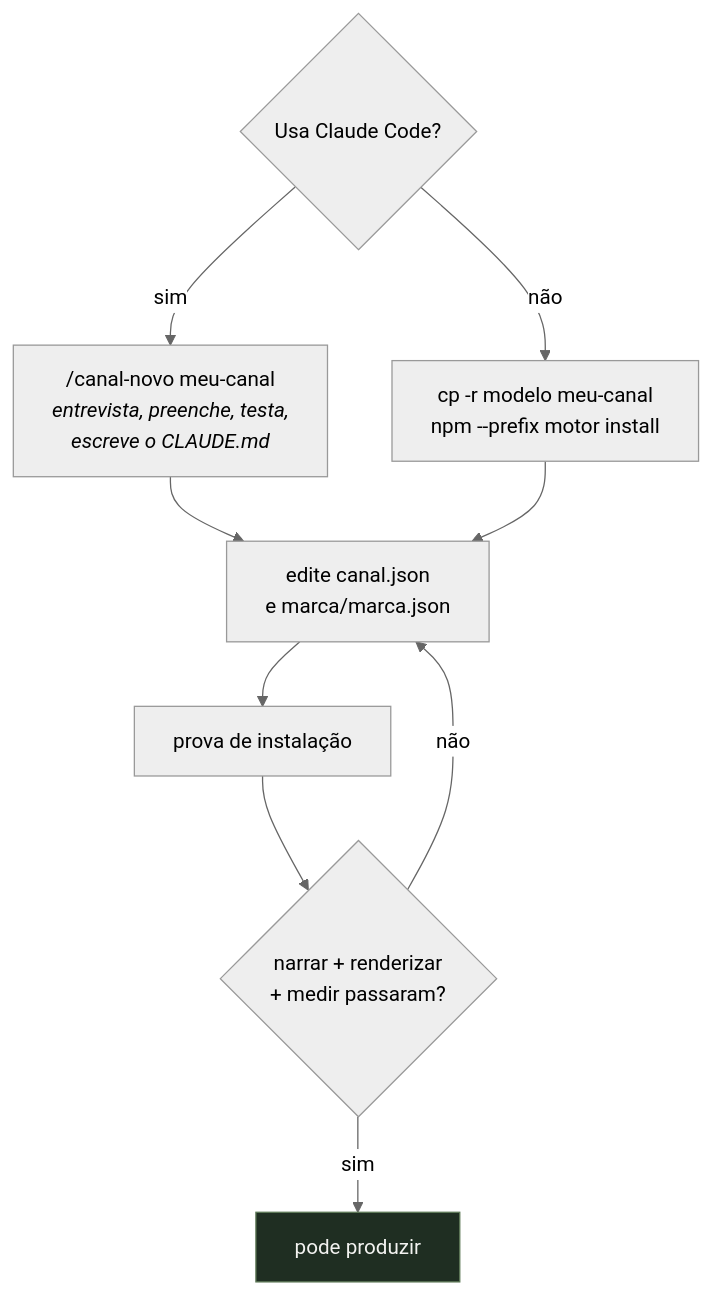
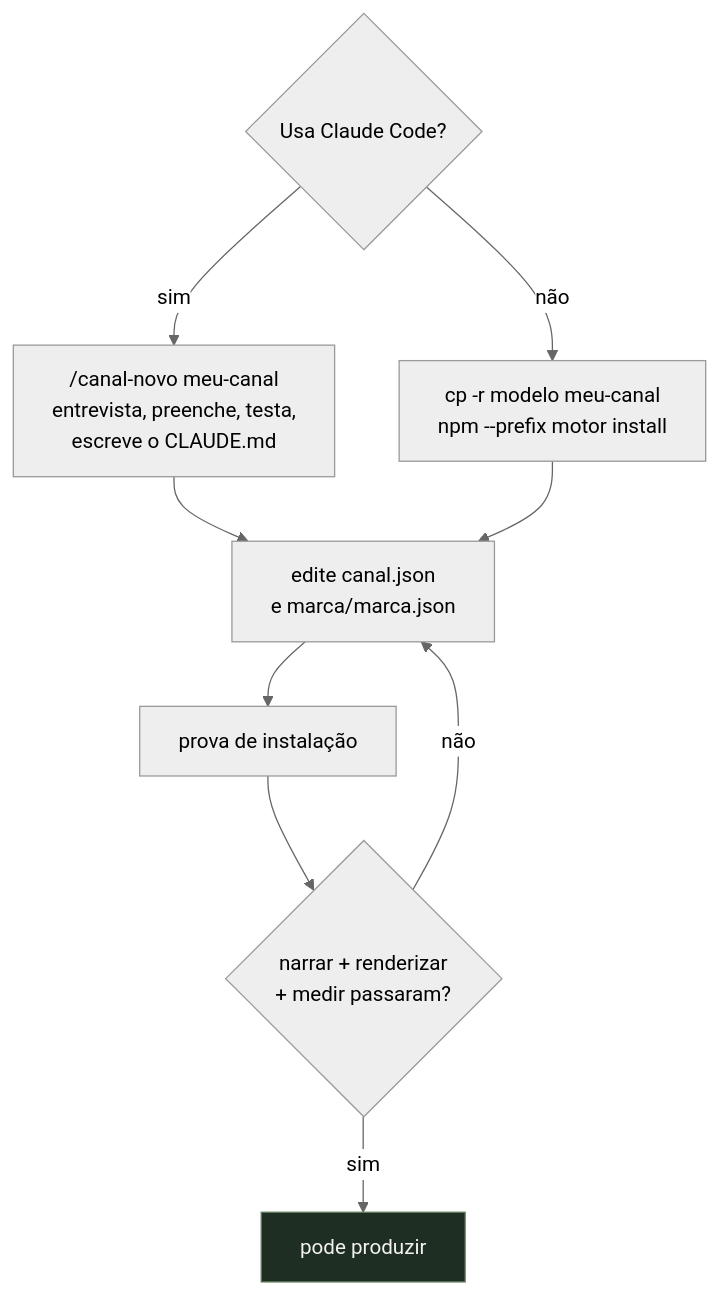
Before and after one commit to claudiogpt/motor-de-canal: the first of 4 diagrams in docs/02-criar-um-canal.md, drawn with Mermaid (neutral theme). The commit also changed other lines of this file and 5 other files, not shown here.

````diff
--- a/docs/02-criar-um-canal.md
+++ b/docs/02-criar-um-canal.md
@@ -5,12 +5,12 @@
 ```mermaid
 flowchart TD
-    A{"Usa Claude Code?"} -->|sim| B["/canal-novo meu-canal<br/><i>entrevista, preenche, testa,<br/>escreve o CLAUDE.md</i>"]
+    A{"Usa Claude Code?"} -->|sim| B["/canal-novo meu-canal<br/>entrevista, preenche, testa,<br/>escreve o CLAUDE.md"]
     A -->|não| C["cp -r modelo meu-canal<br/>npm --prefix motor install"]
     B --> D["edite canal.json<br/>e marca/marca.json"]
     C --> D
     D --> E["prova de instalação"]
     E --> F{"narrar + renderizar<br/>+ medir passaram?"}
     F -->|sim| G["pode produzir"]
     F -->|não| D
     style G fill:#1f2e22,stroke:#5F7A58,color:#F2F2F0
 ```
````
